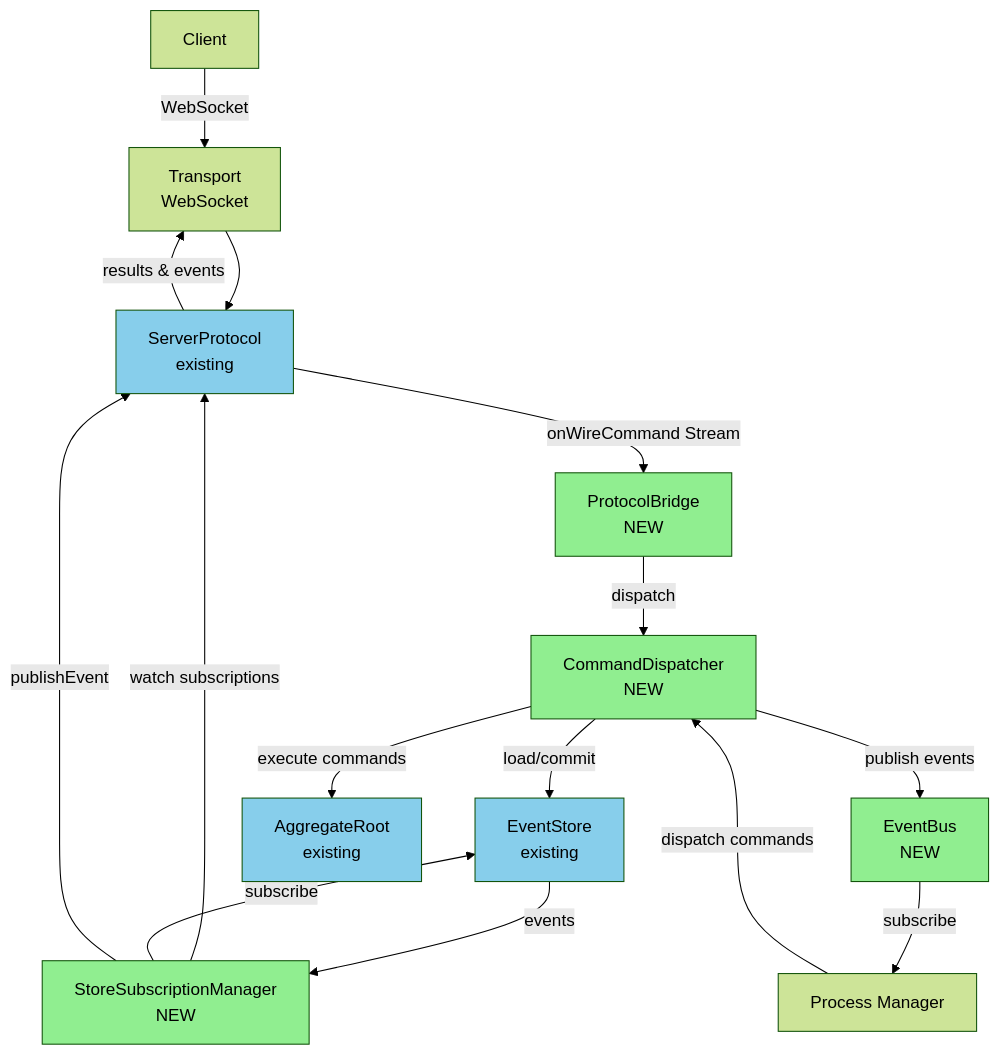
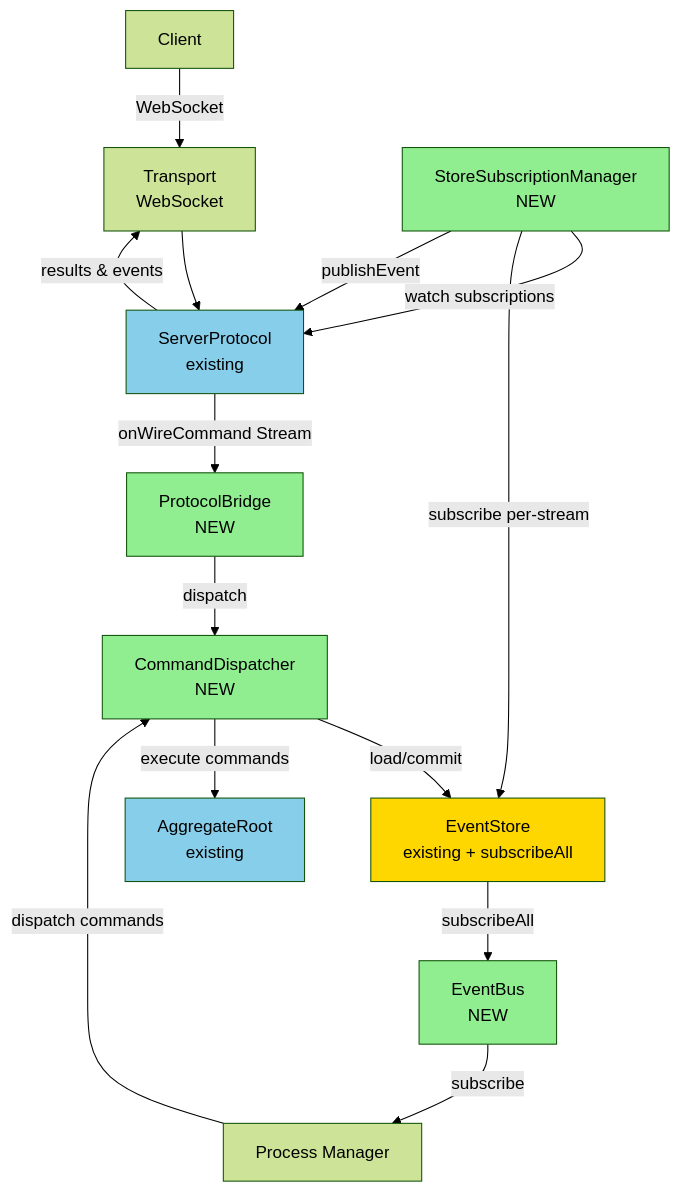
Before and after one commit to CodeForBreakfast/eventsourcing: the sixth of 6 diagrams in docs/plans/eventsourcing-server-sequence-diagram.md, drawn with Mermaid (forest theme). The commit also changed other lines of this file and 2 other files, not shown here.

First line of the commit message:
docs: update eventsourcing-server design for EventStore.subscribeAll()

````diff
--- a/docs/plans/eventsourcing-server-sequence-diagram.md
+++ b/docs/plans/eventsourcing-server-sequence-diagram.md
@@ -202,41 +211,42 @@
 ```mermaid
 graph TB
     Client[Client]
     Transport[Transport<br/>WebSocket]
     Protocol[ServerProtocol<br/>existing]
     Bridge[ProtocolBridge<br/>NEW]
     Dispatcher[CommandDispatcher<br/>NEW]
     Bus[EventBus<br/>NEW]
     SubMgr[StoreSubscriptionManager<br/>NEW]
-    Store[EventStore<br/>existing]
+    Store[EventStore<br/>existing + subscribeAll]
     Agg[AggregateRoot<br/>existing]
     PM[Process Manager]
 
     Client -->|WebSocket| Transport
     Transport --> Protocol
     Protocol -->|onWireCommand Stream| Bridge
     Bridge -->|dispatch| Dispatcher
 
     Dispatcher -->|load/commit| Store
     Dispatcher -->|execute commands| Agg
-    Dispatcher -->|publish events| Bus
 
+    Store -->|subscribeAll| Bus
     Bus -->|subscribe| PM
     PM -->|dispatch commands| Dispatcher
 
     SubMgr -->|watch subscriptions| Protocol
-    SubMgr -->|subscribe| Store
+    SubMgr -->|subscribe per-stream| Store
     SubMgr -->|publishEvent| Protocol
 
-    Store -->|events| SubMgr
     Protocol -->|results & events| Transport
 
     style Bridge fill:#90EE90
     style Dispatcher fill:#90EE90
     style Bus fill:#90EE90
     style SubMgr fill:#90EE90
 
     style Protocol fill:#87CEEB
-    style Store fill:#87CEEB
+    style Store fill:#FFD700
     style Agg fill:#87CEEB
+
+    classDef modified fill:#FFD700
 ```
````
